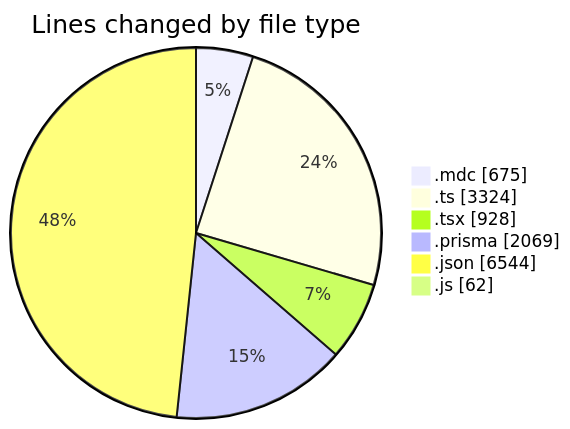
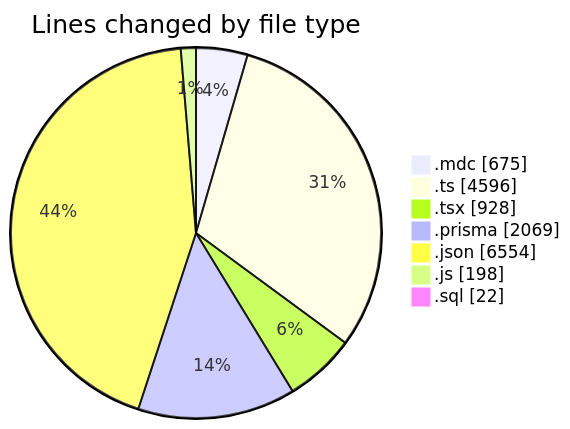
One commit to CELIANVF/code-tracking changed the first of 2 diagrams in 2025-06-05/ecodeli-1/README.md. Above: the diagram before and after it, drawn with Mermaid. The commit also changed other lines of this file and 1 other file, not shown here.

````diff
--- a/2025-06-05/ecodeli-1/README.md
+++ b/2025-06-05/ecodeli-1/README.md
@@ -38,10 +42,11 @@
 ```mermaid
 pie showData
 title Lines changed by file type
 ".mdc" : 675
-".ts" : 3324
+".ts" : 4596
 ".tsx" : 928
 ".prisma" : 2069
-".json" : 6544
-".js" : 62
+".json" : 6554
+".js" : 198
+".sql" : 22
 ```
````
